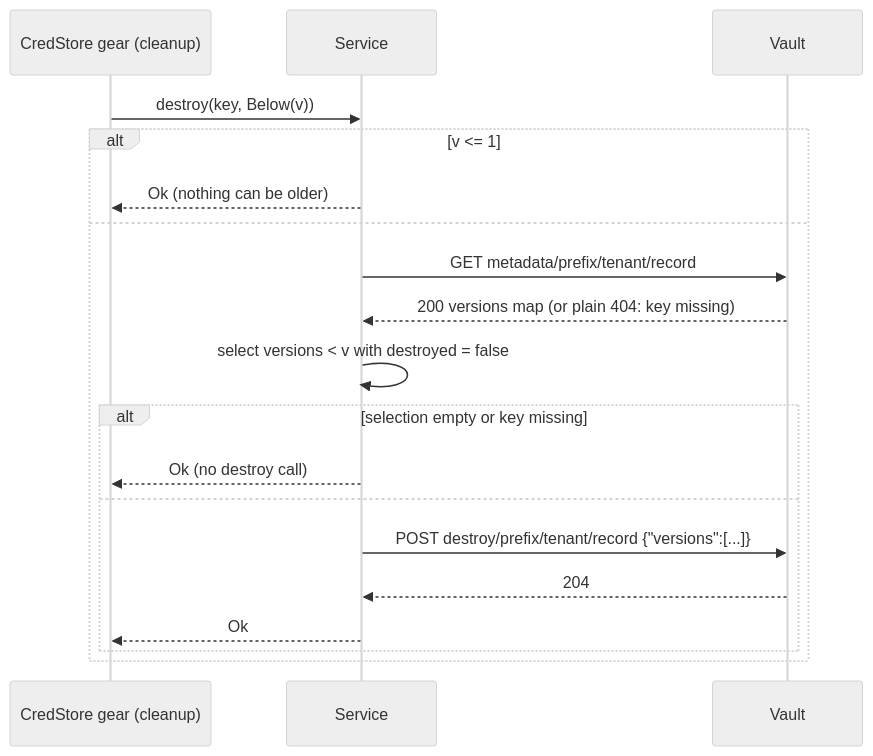
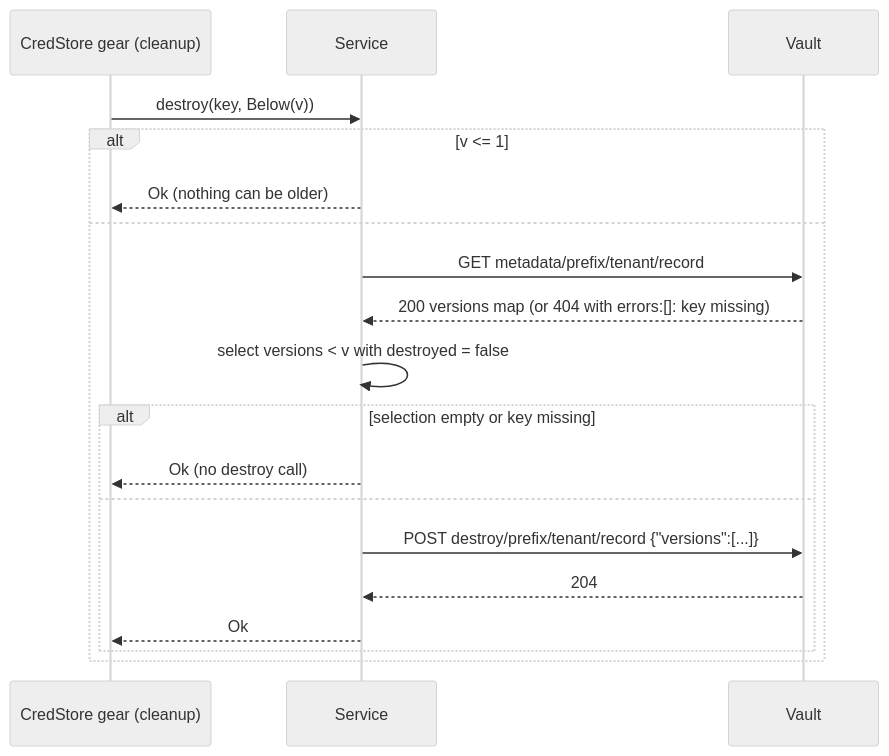
Before and after one commit to constructorfabric/gears-rust: the third of 4 diagrams in gears/credstore/v2/plugins/vault-credstore-plugin/docs/DESIGN.md, drawn with Mermaid (neutral theme). The commit also changed other lines of this file and 7 other files, not shown here.

````diff
--- a/gears/credstore/v2/plugins/vault-credstore-plugin/docs/DESIGN.md
+++ b/gears/credstore/v2/plugins/vault-credstore-plugin/docs/DESIGN.md
@@ -389,21 +389,21 @@
 ```mermaid
 sequenceDiagram
     participant G as CredStore gear (cleanup)
     participant S as Service
     participant V as Vault
     G->>S: destroy(key, Below(v))
     alt v <= 1
         S-->>G: Ok (nothing can be older)
     else
         S->>V: GET metadata/prefix/tenant/record
-        V-->>S: 200 versions map  (or plain 404: key missing)
+        V-->>S: 200 versions map  (or 404 with errors:[]: key missing)
         S->>S: select versions < v with destroyed = false
         alt selection empty or key missing
             S-->>G: Ok (no destroy call)
         else
             S->>V: POST destroy/prefix/tenant/record {"versions":[...]}
             V-->>S: 204
             S-->>G: Ok
         end
     end
 ```
````
